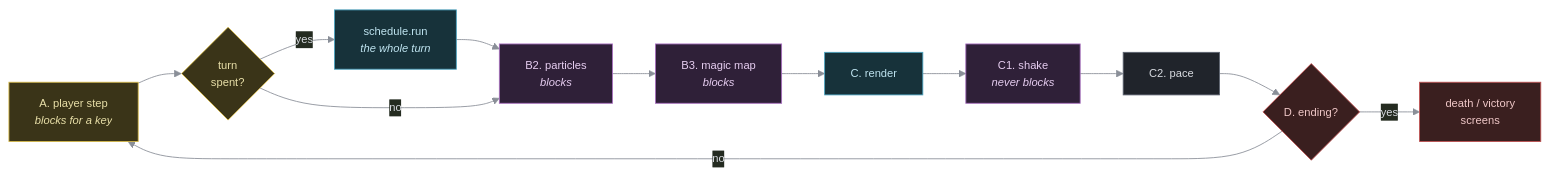
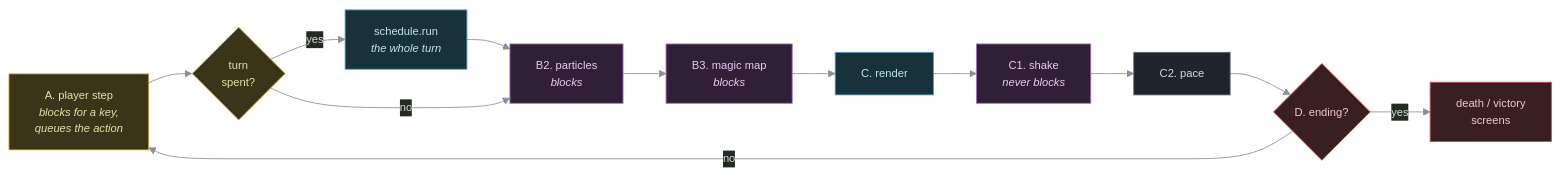
The first of 3 diagrams in docs/reference/input-and-turn-loop.md (bae-alves/nihilurk), drawn with Mermaid before and after one commit. The commit also changed other lines of this file and 78 other files, not shown here.

````diff
--- a/docs/reference/input-and-turn-loop.md
+++ b/docs/reference/input-and-turn-loop.md
@@ -30,29 +30,29 @@
 ```mermaid
 %%{init: {'theme':'base','themeVariables':{
   'primaryColor':'#20242b','primaryTextColor':'#d7dae0',
   'primaryBorderColor':'#5c6370','lineColor':'#8a8f98',
   'fontFamily':'ui-monospace, SFMono-Regular, Menlo, monospace',
   'fontSize':'13px'}}}%%
 flowchart LR
-  A["A. player step<br/><i>blocks for a key</i>"]:::hero
+  A["A. player step<br/><i>blocks for a key,<br/>queues the action</i>"]:::hero
   B{"turn<br/>spent?"}:::hero
   S["schedule.run<br/><i>the whole turn</i>"]:::cold
   B2["B2. particles<br/><i>blocks</i>"]:::magic
   B3["B3. magic map<br/><i>blocks</i>"]:::magic
   C["C. render"]:::cold
   C1["C1. shake<br/><i>never blocks</i>"]:::magic
   C2["C2. pace"]
   D{"D. ending?"}:::peril
   E["death / victory<br/>screens"]:::peril
 
   A --> B
   B -- yes --> S --> B2
   B -- no --> B2
   B2 --> B3 --> C --> C1 --> C2 --> D
   D -- no --> A
   D -- yes --> E
   classDef hero fill:#3a3418,stroke:#d7ba4a,color:#e8dfa8
   classDef peril fill:#3a1f1f,stroke:#c05050,color:#f0c8c8
   classDef magic fill:#2f2038,stroke:#a86fc0,color:#e6cdf0
   classDef cold  fill:#17323a,stroke:#4aa3c0,color:#bfe4f0
 ```
````
